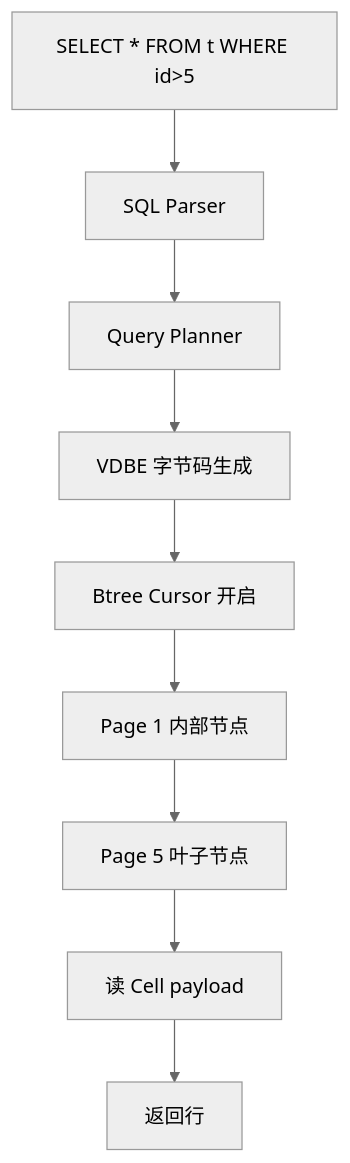
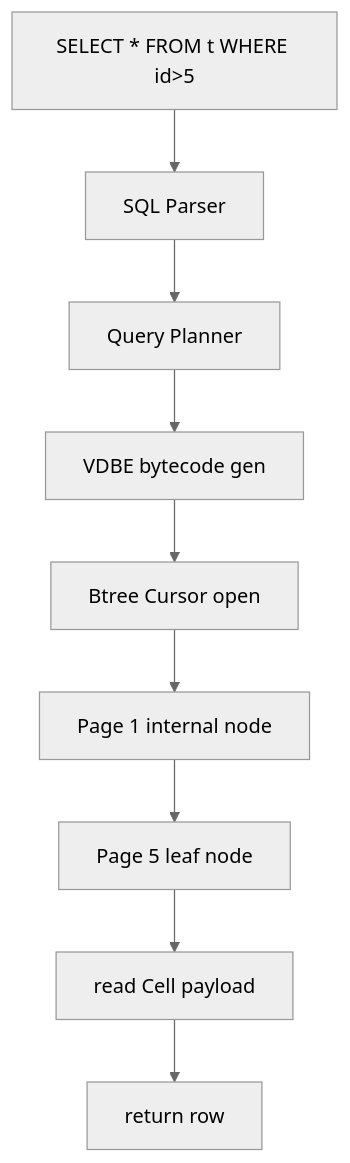
Before and after one commit to CZYCW/learn-via-repo: the second of 2 diagrams in references/walkthrough-examples-multi-domain.md, drawn with Mermaid (neutral theme). The commit also changed other lines of this file and 12 other files, not shown here.

````diff
--- a/references/walkthrough-examples-multi-domain.md
+++ b/references/walkthrough-examples-multi-domain.md
@@ -372,11 +372,11 @@
 ```mermaid
 flowchart TB
   SQL[SELECT * FROM t WHERE id>5] --> Parser[SQL Parser]
   Parser --> Plan[Query Planner]
-  Plan --> VDBE[VDBE 字节码生成]
-  VDBE --> Cursor[Btree Cursor 开启]
-  Cursor --> Page1[Page 1 内部节点]
-  Page1 --> Page5[Page 5 叶子节点]
-  Page5 --> Cell[读 Cell payload]
-  Cell --> Result[返回行]
+  Plan --> VDBE[VDBE bytecode gen]
+  VDBE --> Cursor[Btree Cursor open]
+  Cursor --> Page1[Page 1 internal node]
+  Page1 --> Page5[Page 5 leaf node]
+  Page5 --> Cell[read Cell payload]
+  Cell --> Result[return row]
 ```
````
